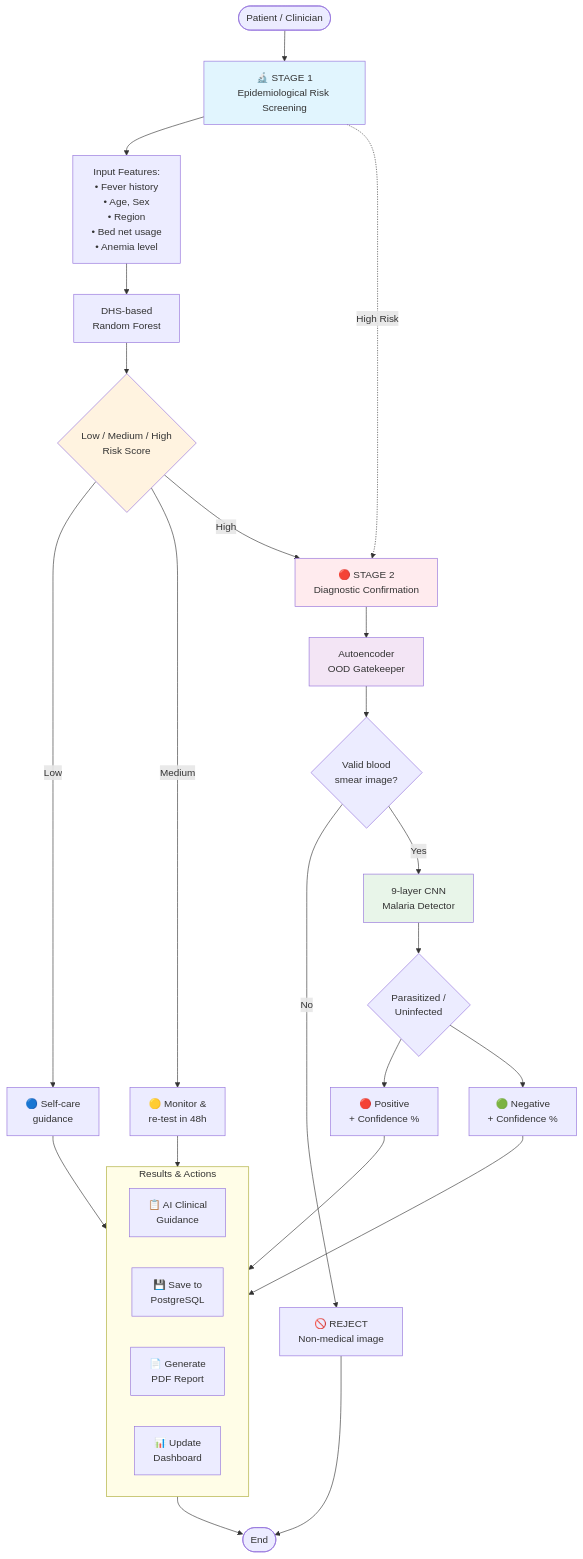
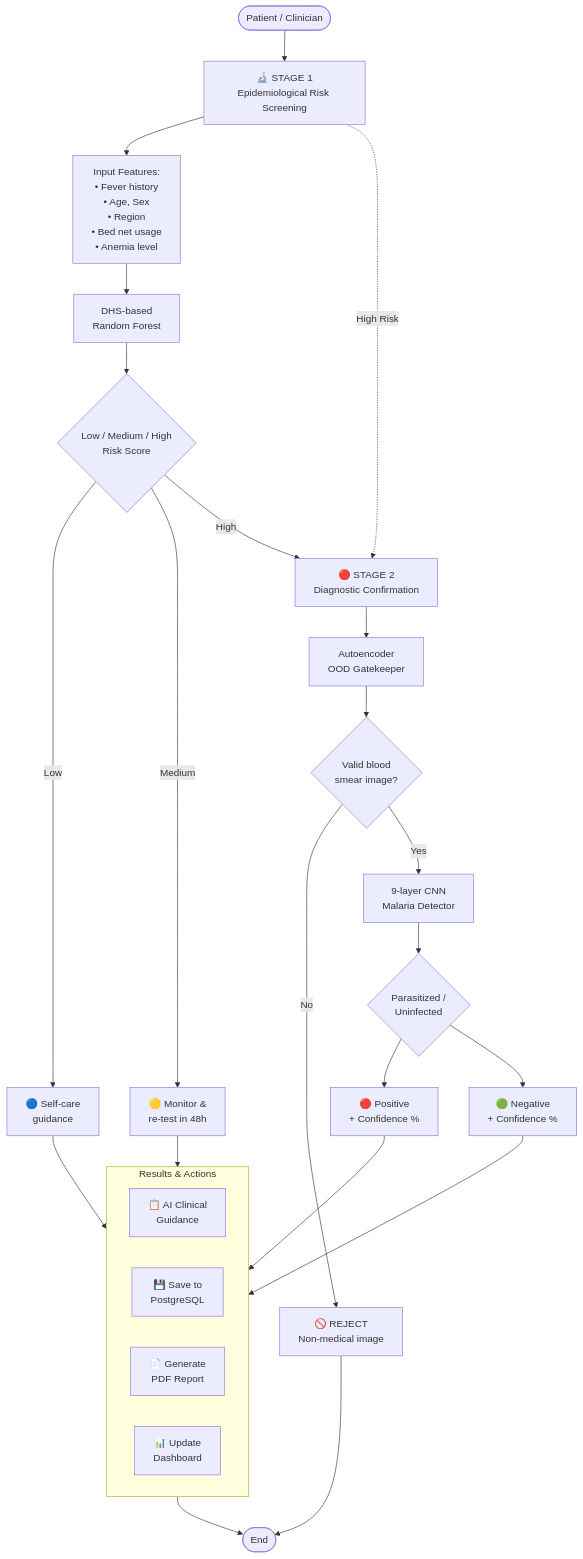
The fourth of 4 diagrams in README.md (HumayunK01/CodeRedProject), drawn with Mermaid before and after one commit. The commit also changed other lines of this file, not shown here.

First line of the commit message:
docs(readme): add adaptive ensemble model and system log schema

````diff
--- a/README.md
+++ b/README.md
@@ -242,47 +257,40 @@
 ```mermaid
 flowchart TD
     Start([Patient / Clinician]) --> Stage1["🔬 STAGE 1<br/>Epidemiological Risk Screening"]
     
     Stage1 --> Input1[Input Features:<br/>• Fever history<br/>• Age, Sex<br/>• Region<br/>• Bed net usage<br/>• Anemia level]
     
     Input1 --> Model1[DHS-based<br/>Random Forest]
     Model1 --> Risk{"Low / Medium / High<br/>Risk Score"}
     
     Risk -->|Low| Self["🔵 Self-care<br/>guidance"]
     Risk -->|Medium| Monitor["🟡 Monitor &<br/>re-test in 48h"]
     Risk -->|High| Stage2["🔴 STAGE 2<br/>Diagnostic Confirmation"]
     
     Stage2 --> Guard[Autoencoder<br/>OOD Gatekeeper]
     Guard --> Valid{"Valid blood<br/>smear image?"}
     
     Valid -->|No| Reject["🚫 REJECT<br/>Non-medical image"]
     Valid -->|Yes| CNN[9-layer CNN<br/>Malaria Detector]
     
     CNN --> Result{"Parasitized /<br/>Uninfected"}
     Result --> Paras["🔴 Positive<br/>+ Confidence %"]
     Result --> Uninf["🟢 Negative<br/>+ Confidence %"]
     
     Stage1 -.->|High Risk| Stage2
     
     subgraph Results[Results & Actions]
         Guidance["📋 AI Clinical<br/>Guidance"]
         Save["💾 Save to<br/>PostgreSQL"]
         PDF["📄 Generate<br/>PDF Report"]
         Dashboard["📊 Update<br/>Dashboard"]
     end
     
     Self --> Results
     Monitor --> Results
     Paras --> Results
     Uninf --> Results
     Reject --> End([End])
     
     Results --> End
-
-    style Stage1 fill:#e1f5fe
-    style Stage2 fill:#ffebee
-    style Risk fill:#fff3e0
-    style Guard fill:#f3e5f5
-    style CNN fill:#e8f5e9
-    style Results fill:#fffde7
 ```
````
